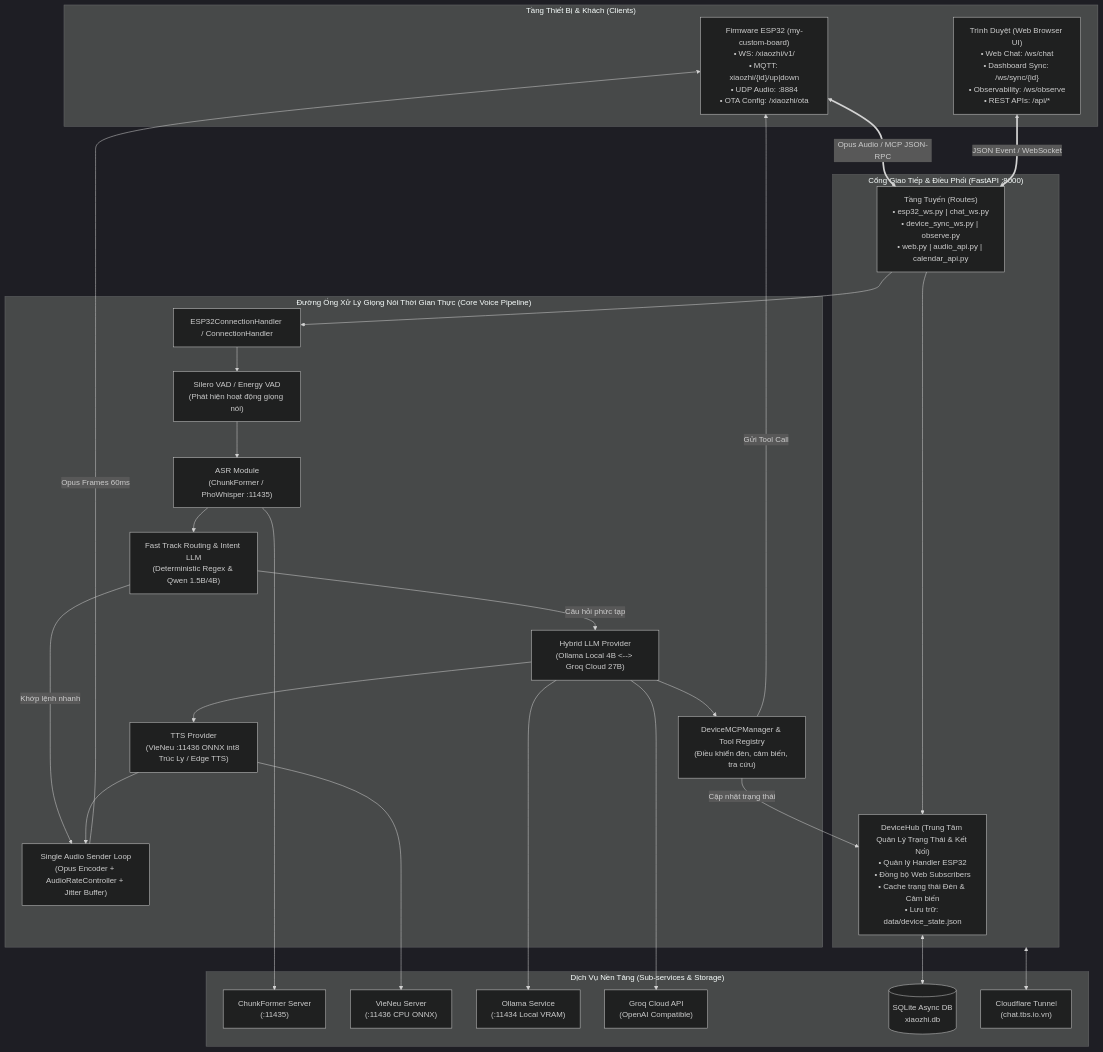
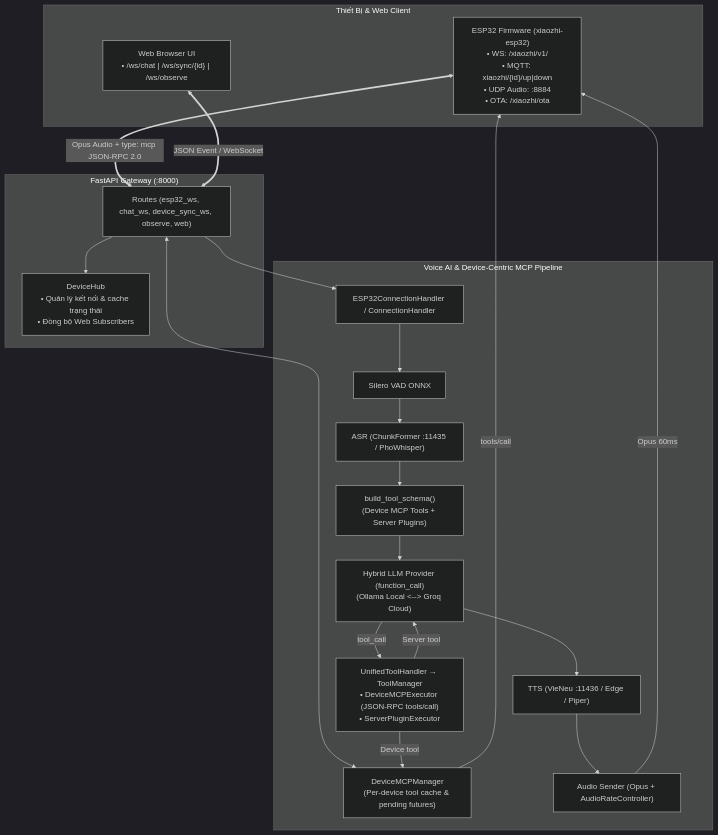
One commit to SonTruong3105/pbl3-smart-lamp changed the diagram in README.md. Above: the diagram before and after it, drawn with Mermaid (dark theme). The commit also changed other lines of this file and 54 other files, not shown here.

````diff
--- a/README.md
+++ b/README.md
@@ -40,54 +36,36 @@
 ```mermaid
 flowchart TB
-    subgraph Clients["Tầng Thiết Bị & Khách (Clients)"]
-        ESP["Firmware ESP32 (my-custom-board)\n• WS: /xiaozhi/v1/\n• MQTT: xiaozhi/{id}/up|down\n• UDP Audio: :8884\n• OTA Config: /xiaozhi/ota"]
-        WEB["Trình Duyệt (Web Browser UI)\n• Web Chat: /ws/chat\n• Dashboard Sync: /ws/sync/{id}\n• Observability: /ws/observe\n• REST APIs: /api/*"]
+    subgraph Clients["Thiết Bị & Web Client"]
+        ESP["ESP32 Firmware (xiaozhi-esp32)\n• WS: /xiaozhi/v1/\n• MQTT: xiaozhi/{id}/up|down\n• UDP Audio: :8884\n• OTA: /xiaozhi/ota"]
+        WEB["Web Browser UI\n• /ws/chat | /ws/sync/{id} | /ws/observe"]
     end
 
-    subgraph Gateway["Cổng Giao Tiếp & Điều Phối (FastAPI :8000)"]
-        ROUTER["Tầng Tuyến (Routes)\n• esp32_ws.py | chat_ws.py\n• device_sync_ws.py | observe.py\n• web.py | audio_api.py | calendar_api.py"]
-        DHUB["DeviceHub (Trung Tâm Quản Lý Trạng Thái & Kết Nối)\n• Quản lý Handler ESP32\n• Đồng bộ Web Subscribers\n• Cache trạng thái Đèn & Cảm biến\n• Lưu trữ: data/device_state.json"]
+    subgraph Gateway["FastAPI Gateway (:8000)"]
+        ROUTER["Routes (esp32_ws, chat_ws, device_sync_ws, observe, web)"]
+        DHUB["DeviceHub\n• Quản lý kết nối & cache trạng thái\n• Đồng bộ Web Subscribers"]
     end
 
-    subgraph Pipeline["Đường Ống Xử Lý Giọng Nói Thời Gian Thực (Core Voice Pipeline)"]
+    subgraph Pipeline["Voice AI & Device-Centric MCP Pipeline"]
         CONN["ESP32ConnectionHandler / ConnectionHandler"]
-        VAD["Silero VAD / Energy VAD\n(Phát hiện hoạt động giọng nói)"]
-        ASR_MOD["ASR Module\n(ChunkFormer / PhoWhisper :11435)"]
-        ROUTING["Fast Track Routing & Intent LLM\n(Deterministic Regex & Qwen 1.5B/4B)"]
-        LLM_ROUTER["Hybrid LLM Provider\n(Ollama Local 4B <--> Groq Cloud 27B)"]
-        MCP_MGR["DeviceMCPManager & Tool Registry\n(Điều khiển đèn, cảm biến, tra cứu)"]
-        TTS_MOD["TTS Provider\n(VieNeu :11436 ONNX int8 Trúc Ly / Edge TTS)"]
-        AUDIO_SENDER["Single Audio Sender Loop\n(Opus Encoder + AudioRateController + Jitter Buffer)"]
+        VAD["Silero VAD ONNX"]
+        ASR_MOD["ASR (ChunkFormer :11435 / PhoWhisper)"]
+        FILTER["build_tool_schema()\n(Device MCP Tools + Server Plugins)"]
+        LLM_ROUTER["Hybrid LLM Provider (function_call)\n(Ollama Local <--> Groq Cloud)"]
+        TOOL_EXEC["UnifiedToolHandler → ToolManager\n• DeviceMCPExecutor (JSON-RPC tools/call)\n• ServerPluginExecutor"]
+        MCP_MGR["DeviceMCPManager\n(Per-device tool cache & pending futures)"]
+        TTS_MOD["TTS (VieNeu :11436 / Edge / Piper)"]
+        AUDIO_SENDER["Audio Sender (Opus + AudioRateController)"]
     end
 
-    subgraph BackingServices["Dịch Vụ Nền Tảng (Sub-services & Storage)"]
-        ASR_SRV["ChunkFormer Server\n(:11435)"]
-        TTS_SRV["VieNeu Server\n(:11436 CPU ONNX)"]
-        OLLAMA["Ollama Service\n(:11434 Local VRAM)"]
-        GROQ["Groq Cloud API\n(OpenAI Compatible)"]
-        DB[(SQLite Async DB\nxiaozhi.db)]
-        TUNNEL["Cloudflare Tunnel\n(chat.tbs.io.vn)"]
-    end
-
-    ESP <==>|Opus Audio / MCP JSON-RPC| ROUTER
+    ESP <==>|Opus Audio + type: mcp JSON-RPC 2.0| ROUTER
     WEB <==>|JSON Event / WebSocket| ROUTER
     ROUTER --> DHUB
     ROUTER --> CONN
+    ROUTER <--> MCP_MGR
 
-    CONN --> VAD
-    VAD --> ASR_MOD --> ASR_SRV
-    ASR_MOD --> ROUTING
-    ROUTING -->|Khớp lệnh nhanh| AUDIO_SENDER
-    ROUTING -->|Câu hỏi phức tạp| LLM_ROUTER
-    LLM_ROUTER --> OLLAMA
-    LLM_ROUTER --> GROQ
-    LLM_ROUTER --> MCP_MGR
-    MCP_MGR -->|Gửi Tool Call| ESP
-    MCP_MGR -->|Cập nhật trạng thái| DHUB
-    LLM_ROUTER --> TTS_MOD --> TTS_SRV
-    TTS_MOD --> AUDIO_SENDER
-    AUDIO_SENDER -->|Opus Frames 60ms| ESP
-
-    DHUB <--> DB
-    Gateway <--> TUNNEL
+    CONN --> VAD --> ASR_MOD --> FILTER --> LLM_ROUTER
+    LLM_ROUTER -->|tool_call| TOOL_EXEC
+    TOOL_EXEC -->|Device tool| MCP_MGR -->|tools/call| ESP
+    TOOL_EXEC -->|Server tool| LLM_ROUTER
+    LLM_ROUTER --> TTS_MOD --> AUDIO_SENDER -->|Opus 60ms| ESP
 ```
````
